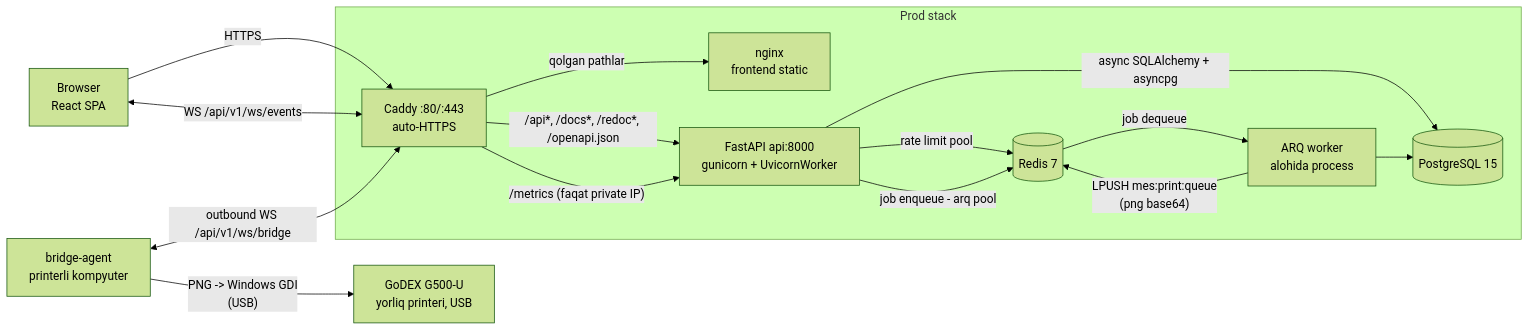
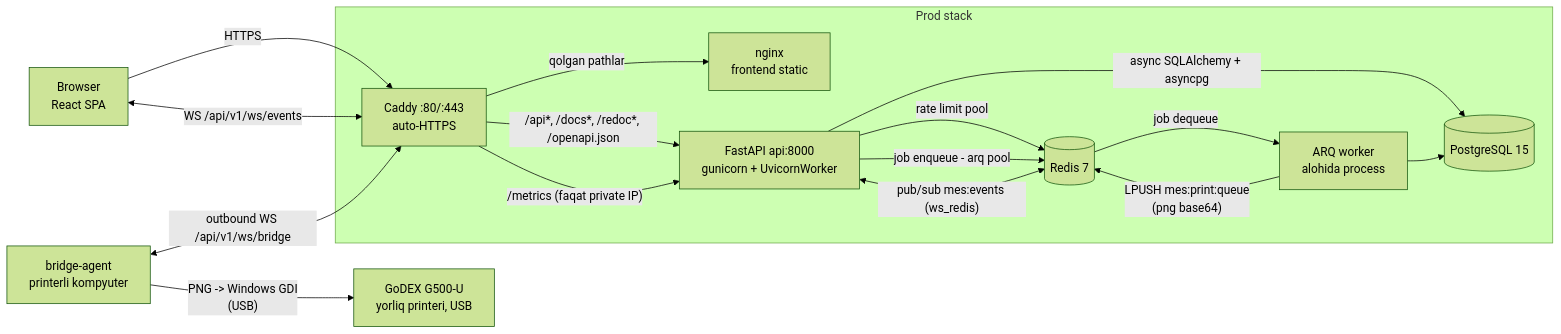
The diagram in docs/01-architecture.md (jasper2233/mebelix-eko-tizim), drawn with Mermaid (forest theme) before and after one commit. The commit also changed other lines of this file and 10 other files, not shown here.

````diff
--- a/docs/01-architecture.md
+++ b/docs/01-architecture.md
@@ -82,29 +82,30 @@
 ```mermaid
 flowchart LR
     B[Browser<br/>React SPA]
     G[bridge-agent<br/>printerli kompyuter]
     PR[GoDEX G500-U<br/>yorliq printeri, USB]
 
     subgraph Prod stack
         C[Caddy :80/:443<br/>auto-HTTPS]
         N[nginx<br/>frontend static]
         A[FastAPI api:8000<br/>gunicorn + UvicornWorker]
         W[ARQ worker<br/>alohida process]
         P[(PostgreSQL 15)]
         R[(Redis 7)]
     end
 
     B -->|HTTPS| C
     B <-->|"WS /api/v1/ws/events"| C
     G <-->|"outbound WS /api/v1/ws/bridge"| C
     G -->|"PNG -> Windows GDI<br/>(USB)"| PR
     C -->|"/api*, /docs*, /redoc*, /openapi.json"| A
     C -->|"/metrics (faqat private IP)"| A
     C -->|qolgan pathlar| N
     A -->|async SQLAlchemy + asyncpg| P
     A -->|rate limit pool| R
     A -->|job enqueue - arq pool| R
+    A <-->|"pub/sub mes:events (ws_redis)"| R
     R -->|job dequeue| W
     W -->|"LPUSH mes:print:queue<br/>(png base64)"| R
     W --> P
 ```
````
